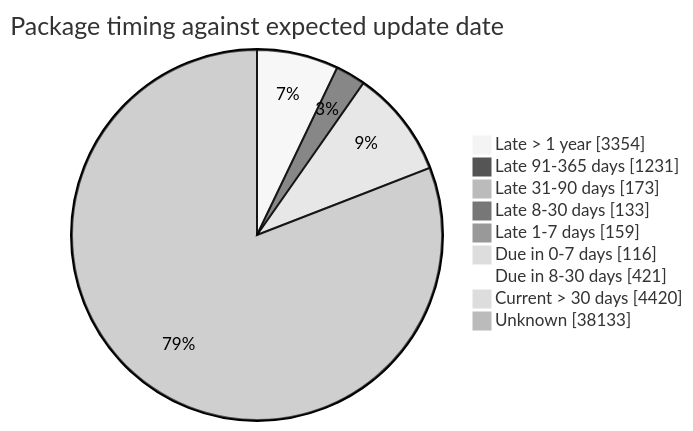
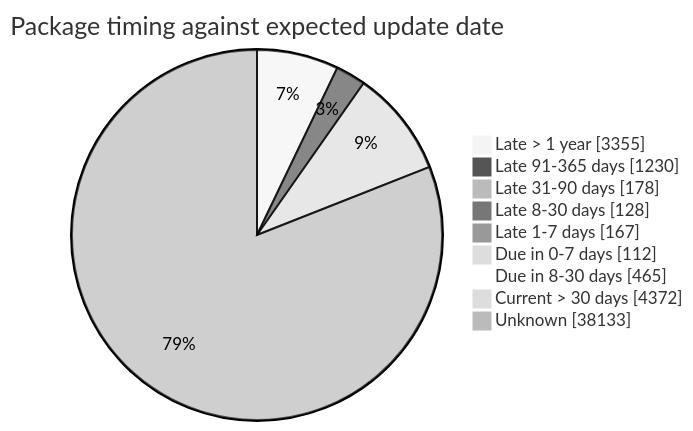
One commit to open-data/analytics-corporate-reporting changed the fourth of 5 diagrams in FreshCheck/README.md. Above: the diagram before and after it, drawn with Mermaid (neutral theme). The commit also changed other lines of this file and 3 other files, not shown here.

````diff
--- a/FreshCheck/README.md
+++ b/FreshCheck/README.md
@@ -86,12 +86,12 @@
 ```mermaid
 pie showData title Package timing against expected update date
-    "Late > 1 year": 3354
-    "Late 91-365 days": 1231
-    "Late 31-90 days": 173
-    "Late 8-30 days": 133
-    "Late 1-7 days": 159
-    "Due in 0-7 days": 116
-    "Due in 8-30 days": 421
-    "Current > 30 days": 4420
+    "Late > 1 year": 3355
+    "Late 91-365 days": 1230
+    "Late 31-90 days": 178
+    "Late 8-30 days": 128
+    "Late 1-7 days": 167
+    "Due in 0-7 days": 112
+    "Due in 8-30 days": 465
+    "Current > 30 days": 4372
     "Unknown": 38133
 ```
````
